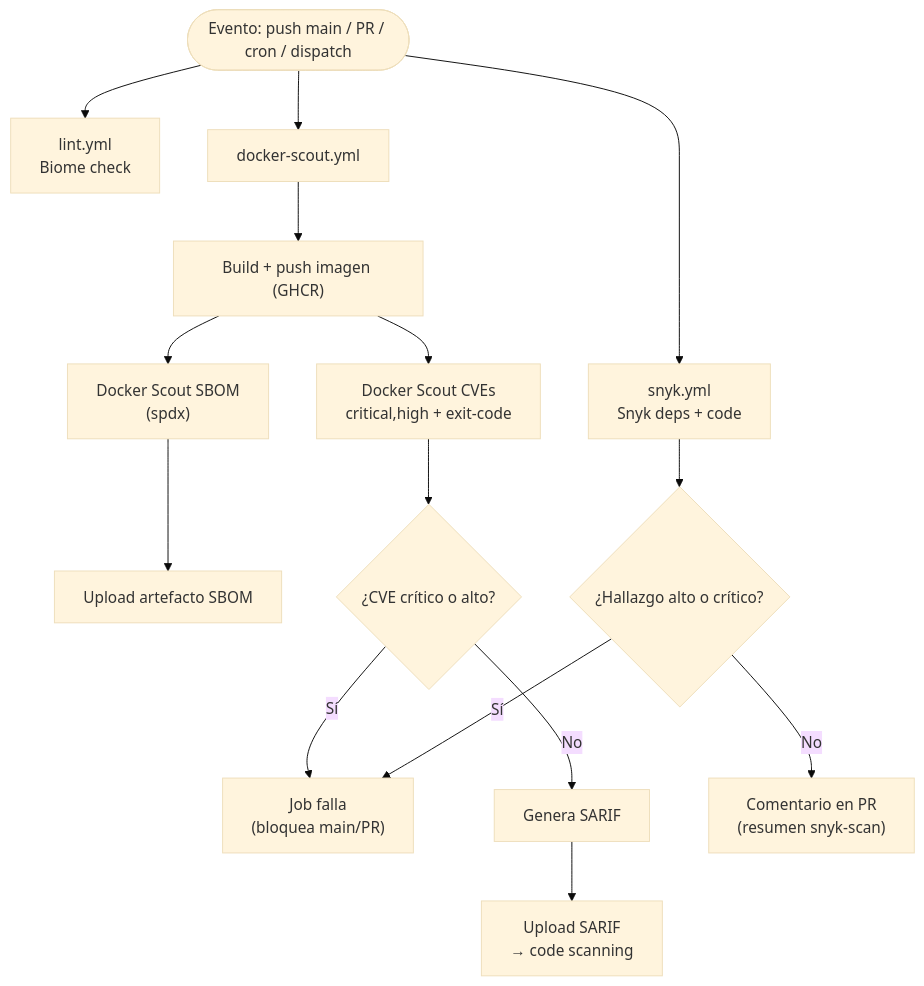
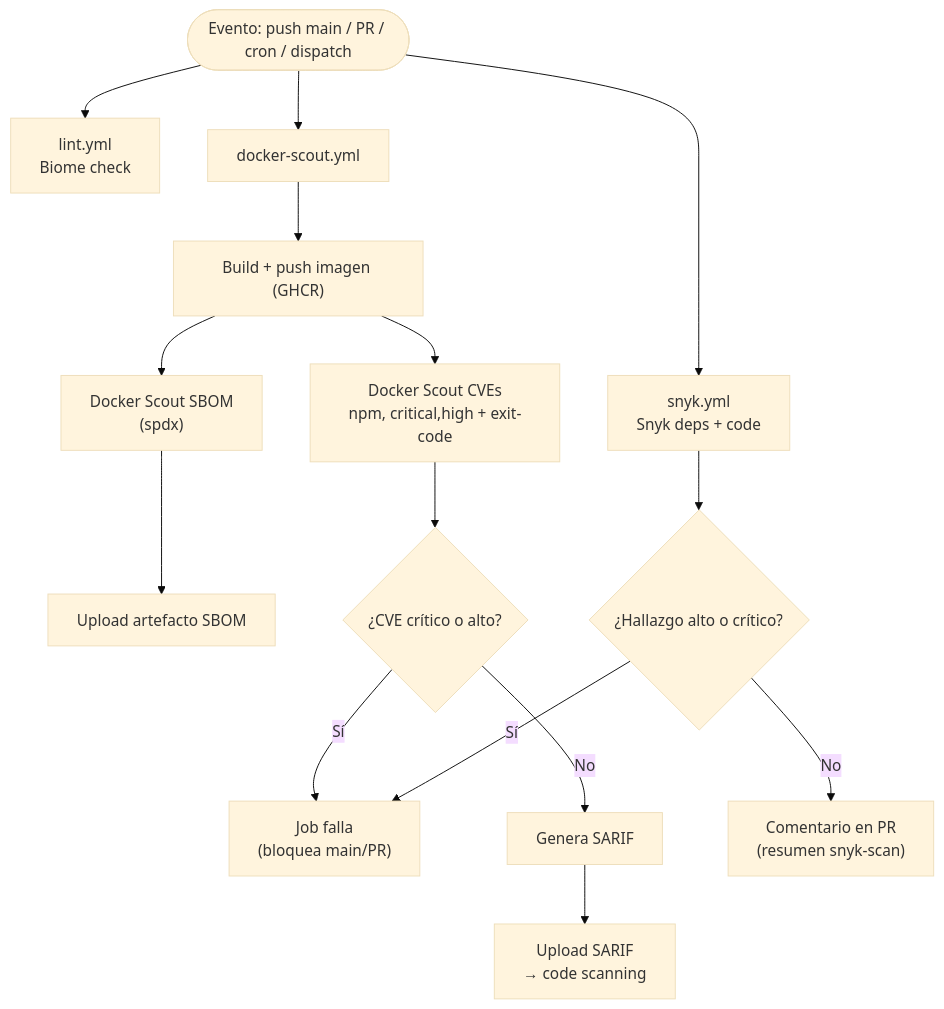
One commit to gcastrovInvenio/meg-backend changed the third of 8 diagrams in docs/pentest-playbook.md. Above: the diagram before and after it, drawn with Mermaid (base theme). The commit also changed other lines of this file and 10 other files, not shown here.

````diff
--- a/docs/pentest-playbook.md
+++ b/docs/pentest-playbook.md
@@ -114,17 +114,17 @@
 ```mermaid
 flowchart TD
     A(["Evento: push main / PR / cron / dispatch"]) --> B["lint.yml<br/>Biome check"]
     A --> C["docker-scout.yml"]
     C --> D["Build + push imagen (GHCR)"]
     D --> E["Docker Scout SBOM<br/>(spdx)"]
     E --> F["Upload artefacto SBOM"]
-    D --> G["Docker Scout CVEs<br/>critical,high + exit-code"]
+    D --> G["Docker Scout CVEs<br/>npm, critical,high + exit-code"]
     G --> H{"¿CVE crítico o alto?"}
     H -- Sí --> I["Job falla<br/>(bloquea main/PR)"]
     H -- No --> J["Genera SARIF"]
     J --> K["Upload SARIF<br/>→ code scanning"]
     A --> L["snyk.yml<br/>Snyk deps + code"]
     L --> M{"¿Hallazgo alto o crítico?"}
     M -- Sí --> I
     M -- No --> N["Comentario en PR<br/>(resumen snyk-scan)"]
 ```
````
